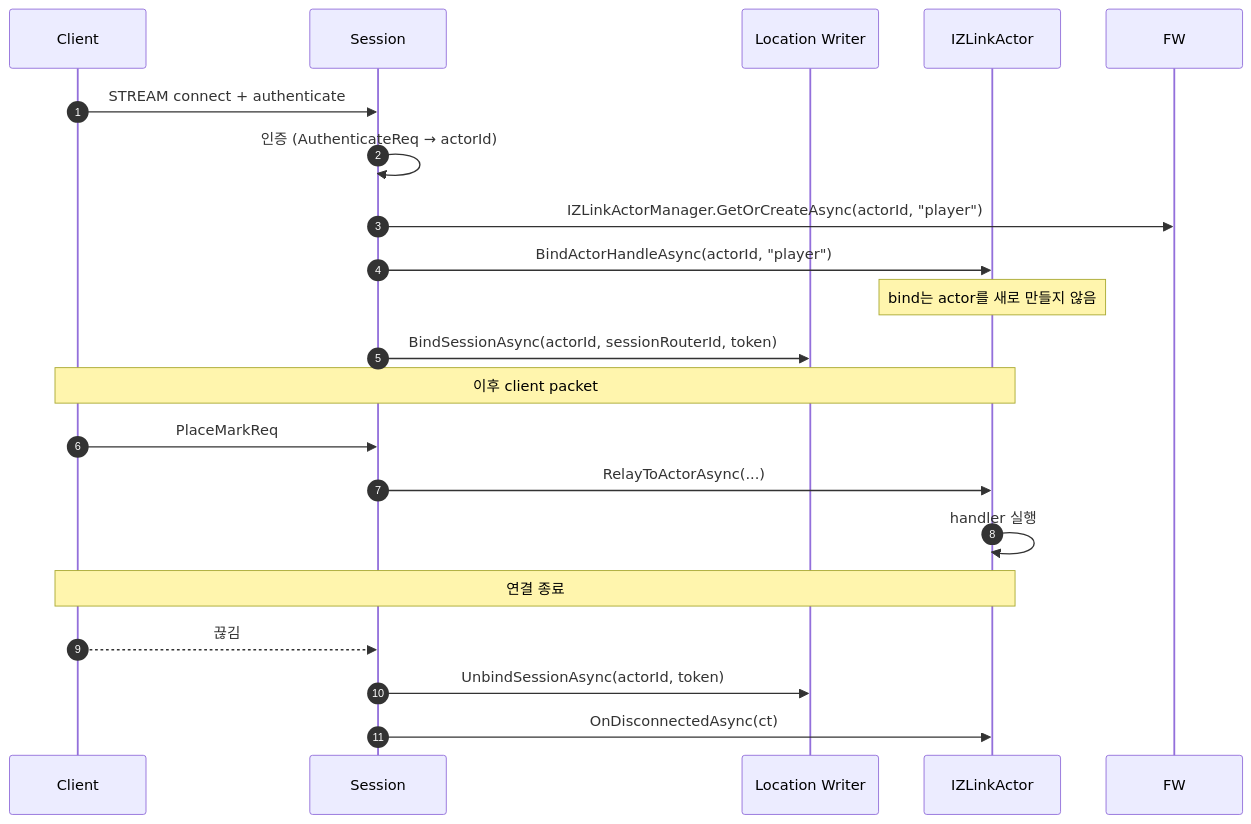
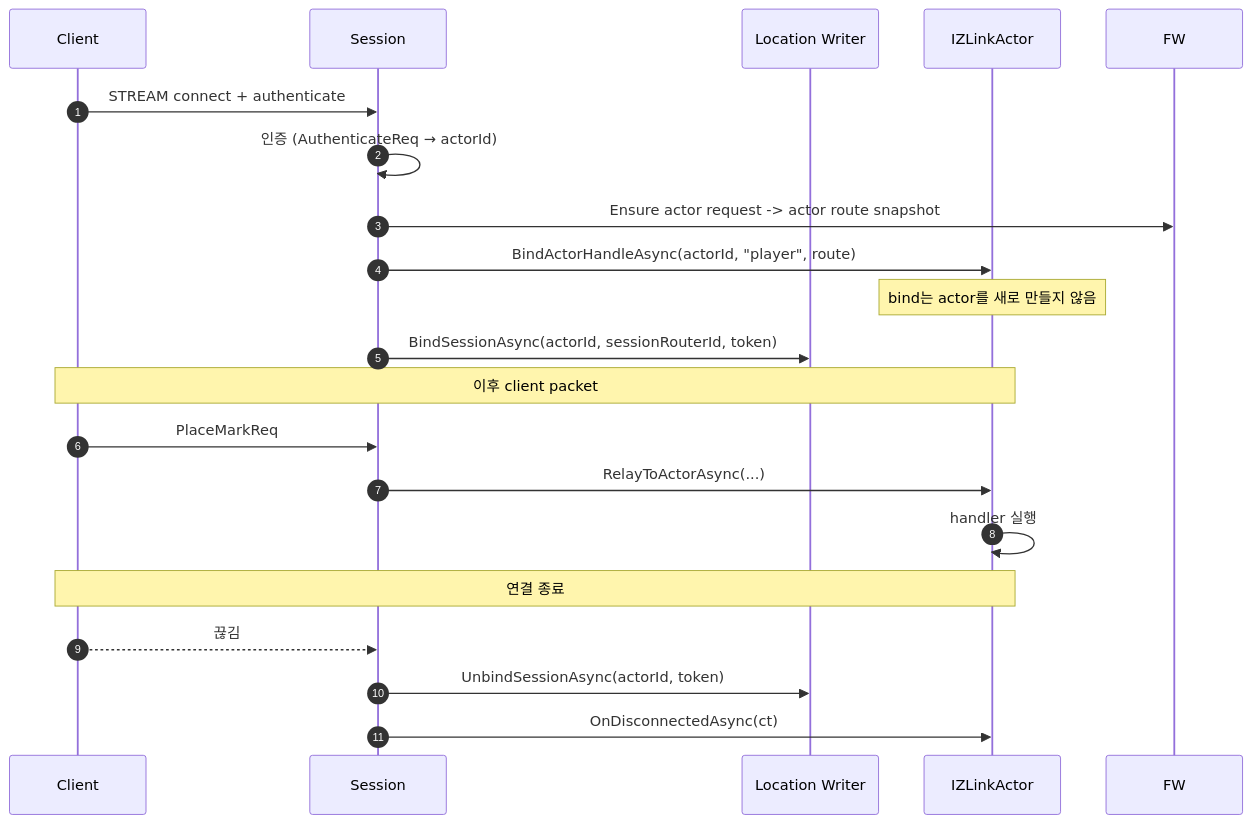
One commit to kairos-code-dev/zlink changed the second of 3 diagrams in framework/languages/dotnet/doc/spec/aspnet-core-actor.ko.md. Above: the diagram before and after it, drawn with Mermaid. The commit also changed other lines of this file and 43 other files, not shown here.

````diff
--- a/framework/languages/dotnet/doc/spec/aspnet-core-actor.ko.md
+++ b/framework/languages/dotnet/doc/spec/aspnet-core-actor.ko.md
@@ -769,25 +788,25 @@
 ```mermaid
 sequenceDiagram
     autonumber
     participant C as Client
     participant S as Session
     participant Loc as Location Writer
     participant Act as IZLinkActor
 
     C->>S: STREAM connect + authenticate
     S->>S: 인증 (AuthenticateReq → actorId)
-    S->>FW: IZLinkActorManager.GetOrCreateAsync(actorId, "player")
-    S->>Act: BindActorHandleAsync(actorId, "player")
+    S->>FW: Ensure actor request -> actor route snapshot
+    S->>Act: BindActorHandleAsync(actorId, "player", route)
     Note over Act: bind는 actor를 새로 만들지 않음
     S->>Loc: BindSessionAsync(actorId, sessionRouterId, token)
 
     Note over C,Act: 이후 client packet
     C->>S: PlaceMarkReq
     S->>Act: RelayToActorAsync(...)
     Act->>Act: handler 실행
 
     Note over C,Act: 연결 종료
     C-->>S: 끊김
     S->>Loc: UnbindSessionAsync(actorId, token)
     S->>Act: OnDisconnectedAsync(ct)
 ```
````
